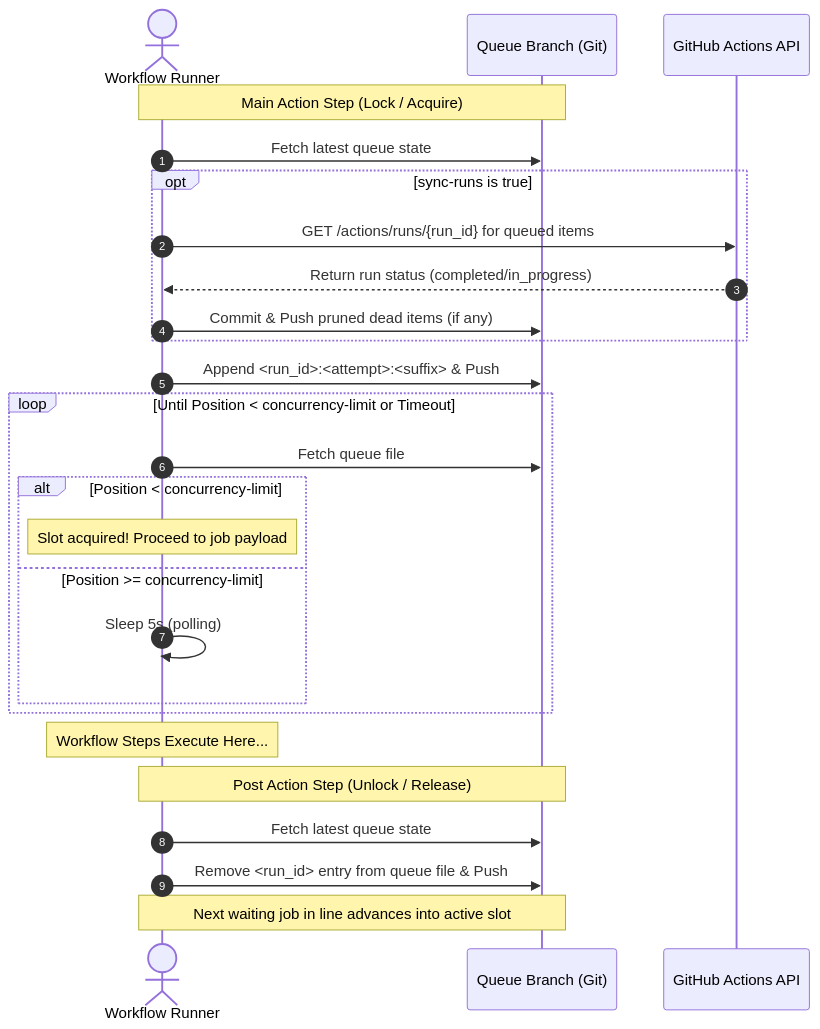
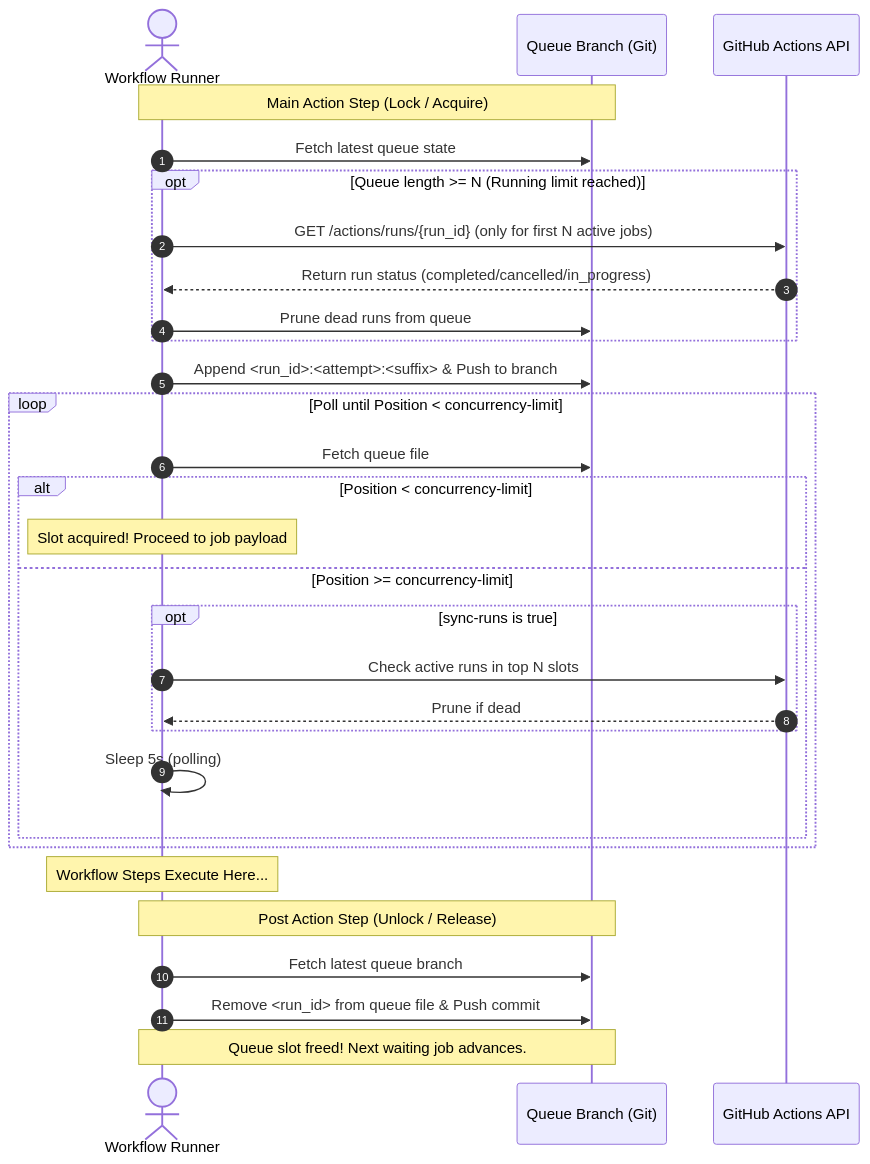
Before and after one commit to elastic/oblt-actions: the second of 2 diagrams in github/queue/README.md, drawn with Mermaid. The commit also changed other lines of this file and 3 other files, not shown here.

Commit message:
docs(github/queue): clarify flowchart connections and optimize pruning to limit API calls

````diff
--- a/github/queue/README.md
+++ b/github/queue/README.md
@@ -144,31 +158,35 @@
 ```mermaid
 sequenceDiagram
     autonumber
     actor Runner as Workflow Runner
     participant Git as Queue Branch (Git)
     participant API as GitHub Actions API
 
     Note over Runner,Git: Main Action Step (Lock / Acquire)
     Runner->>Git: Fetch latest queue state
-    opt sync-runs is true
-        Runner->>API: GET /actions/runs/{run_id} for queued items
-        API-->>Runner: Return run status (completed/in_progress)
-        Runner->>Git: Commit & Push pruned dead items (if any)
+    opt Queue length >= N (Running limit reached)
+        Runner->>API: GET /actions/runs/{run_id} (only for first N active jobs)
+        API-->>Runner: Return run status (completed/cancelled/in_progress)
+        Runner->>Git: Prune dead runs from queue
     end
-    Runner->>Git: Append <run_id>:<attempt>:<suffix> & Push
-    loop Until Position < concurrency-limit or Timeout
+    Runner->>Git: Append <run_id>:<attempt>:<suffix> & Push to branch
+    loop Poll until Position < concurrency-limit
         Runner->>Git: Fetch queue file
         alt Position < concurrency-limit
             Note over Runner: Slot acquired! Proceed to job payload
         else Position >= concurrency-limit
+            opt sync-runs is true
+                Runner->>API: Check active runs in top N slots
+                API-->>Runner: Prune if dead
+            end
             Runner->>Runner: Sleep 5s (polling)
         end
     end
 
     Note over Runner: Workflow Steps Execute Here...
 
     Note over Runner,Git: Post Action Step (Unlock / Release)
-    Runner->>Git: Fetch latest queue state
-    Runner->>Git: Remove <run_id> entry from queue file & Push
-    Note over Runner,Git: Next waiting job in line advances into active slot
+    Runner->>Git: Fetch latest queue branch
+    Runner->>Git: Remove <run_id> from queue file & Push commit
+    Note over Runner,Git: Queue slot freed! Next waiting job advances.
 ```
````
